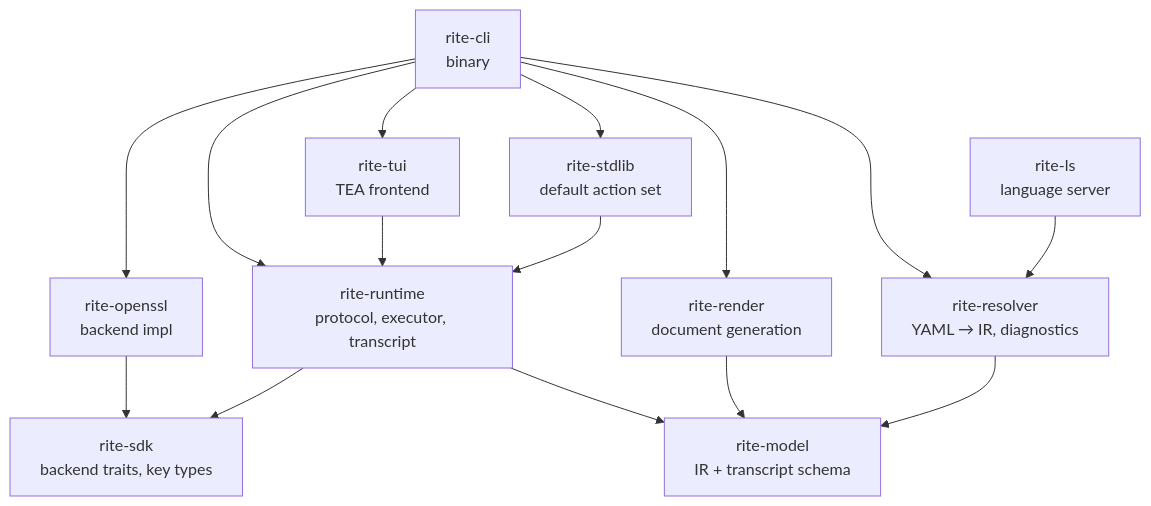
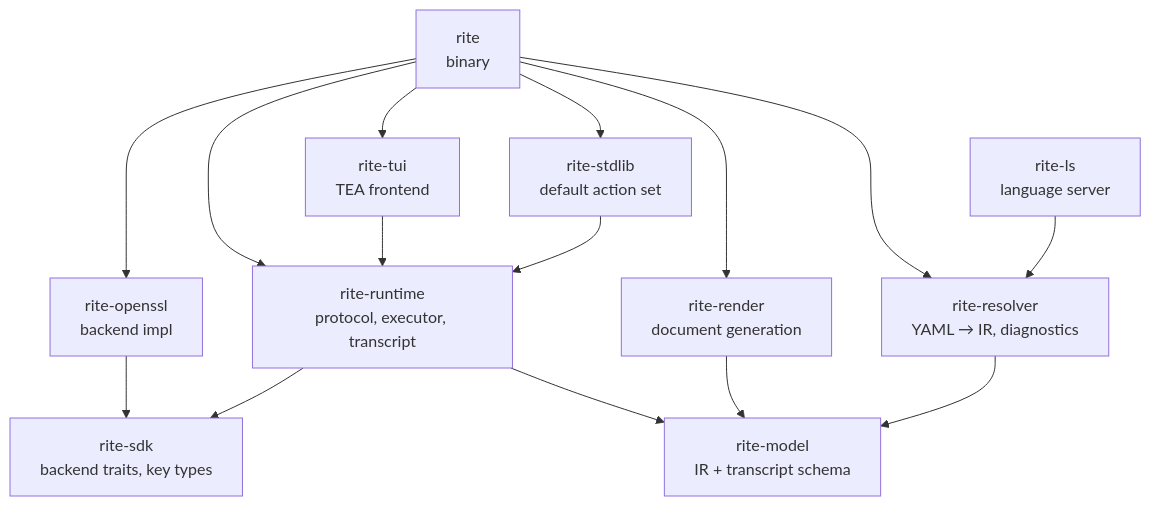
The diagram in docs/development/crate-layout.md (rite-ly/rite), drawn with Mermaid before and after one commit. The commit also changed other lines of this file and 28 other files, not shown here.

Commit message:
build: rename rite-cli package to rite

````diff
--- a/docs/development/crate-layout.md
+++ b/docs/development/crate-layout.md
@@ -3,28 +3,28 @@
 ```mermaid
 flowchart TD
-    cli[rite-cli<br/>binary]
+    cli[rite<br/>binary]
     ls[rite-ls<br/>language server]
     tui[rite-tui<br/>TEA frontend]
     stdlib[rite-stdlib<br/>default action set]
     openssl[rite-openssl<br/>backend impl]
     runtime[rite-runtime<br/>protocol, executor, transcript]
     resolver[rite-resolver<br/>YAML → IR, diagnostics]
     render[rite-render<br/>document generation]
     model[rite-model<br/>IR + transcript schema]
     sdk[rite-sdk<br/>backend traits, key types]
 
     cli --> tui
     cli --> runtime
     cli --> stdlib
     cli --> openssl
     cli --> render
     cli --> resolver
     tui --> runtime
     ls --> resolver
     stdlib --> runtime
     openssl --> sdk
     runtime --> sdk
     runtime --> model
     render --> model
     resolver --> model
 ```
````
